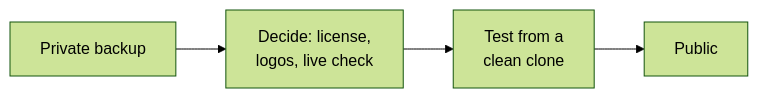
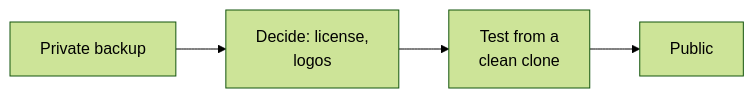
The diagram in docs/OPEN-SOURCE-CHECKLIST.md (PrajwalSR/ai_usage_meter), drawn with Mermaid (forest theme) before and after one commit. The commit also changed other lines of this file and 29 other files, not shown here.

````diff
--- a/docs/OPEN-SOURCE-CHECKLIST.md
+++ b/docs/OPEN-SOURCE-CHECKLIST.md
@@ -6,4 +6,4 @@
 ```mermaid
 flowchart LR
-    P["Private backup"] --> D["Decide: license,<br/>logos, live check"] --> T["Test from a<br/>clean clone"] --> R["Public"]
+    P["Private backup"] --> D["Decide: license,<br/>logos"] --> T["Test from a<br/>clean clone"] --> R["Public"]
 ```
````
